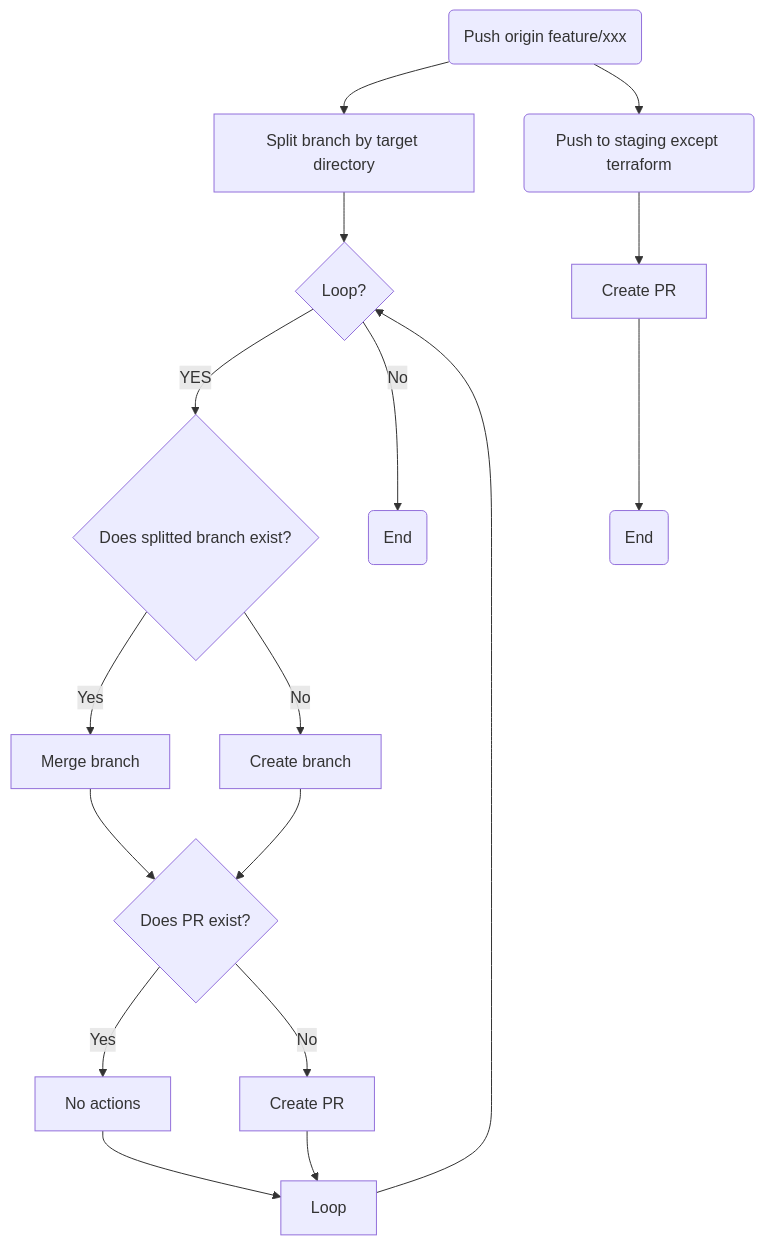
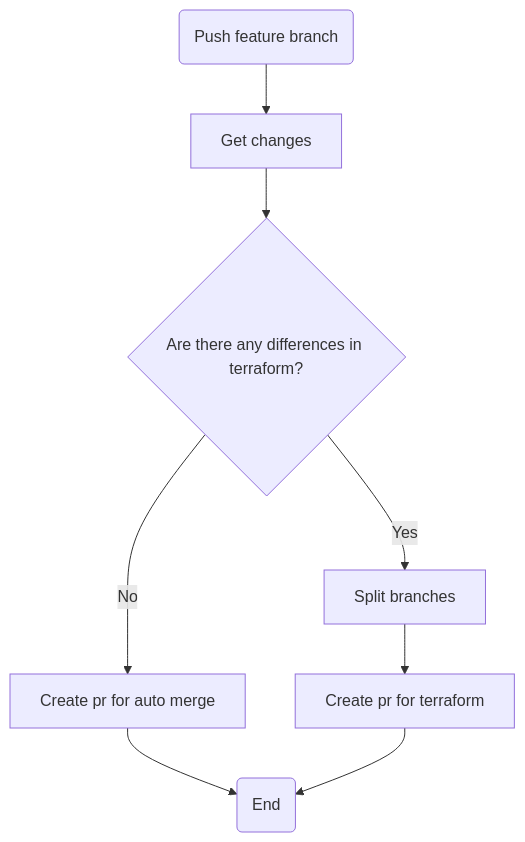
Before and after one commit to gigops-infra-dev/cicd-template-1: the first of 3 diagrams in README.md, drawn with Mermaid. The commit also changed other lines of this file and 4 other files, not shown here.

````diff
--- a/README.md
+++ b/README.md
@@ -55,11 +55,6 @@
 ```mermaid
 flowchart TD
-  A(Push origin feature/xxx)  --> A2[Split branch by target directory] --> A3{Loop?}
-  A3 -- YES --> B{Does splitted branch exist?}
-  A --> B2(Push to staging except terraform) --> B3[Create PR] --> B4(End)
-  B -- Yes --> C1[Merge branch] --> F{Does PR exist?}
-  B -- No --> D1[Create branch] --> F
-  F -- Yes --> C2[No actions] --> G[Loop] --> A3;
-  F -- No --> D2[Create PR] --> G[Loop]
-  A3 -- No --> H(End)
+  A(Push feature branch) --> B[Get changes] --> C{Are there any differences in terraform?}
+  C -- No --> D[Create pr for auto merge] --> F(End)
+  C -- Yes --> G[Split branches] --> E[Create pr for terraform]  --> F(End)
 ```
````
